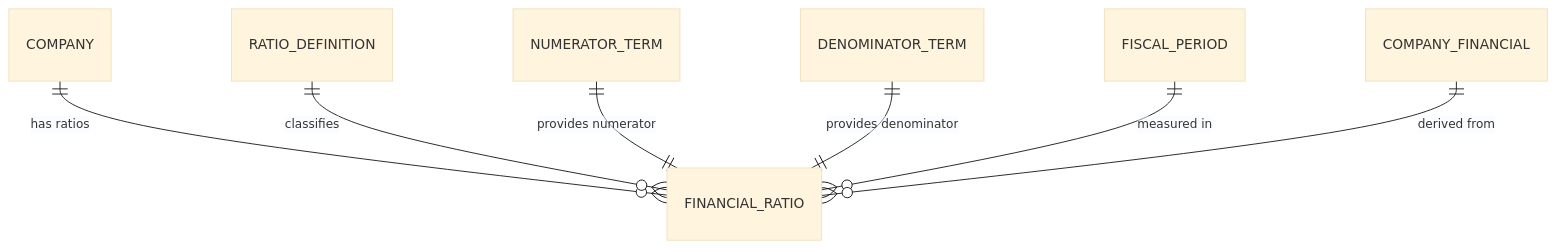
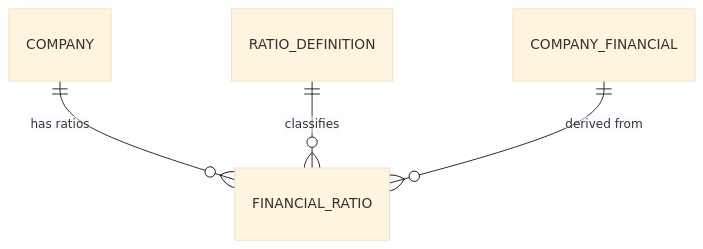
One commit to jcernauske/sec-edgair changed the fifth of 8 diagrams in README.md. Above: the diagram before and after it, drawn with Mermaid (base theme). The commit also changed other lines of this file, not shown here.

````diff
--- a/README.md
+++ b/README.md
@@ -667,9 +229,6 @@
 ```mermaid
 erDiagram
     COMPANY ||--o{ FINANCIAL_RATIO : "has ratios"
     RATIO_DEFINITION ||--o{ FINANCIAL_RATIO : "classifies"
-    NUMERATOR_TERM ||--|| FINANCIAL_RATIO : "provides numerator"
-    DENOMINATOR_TERM ||--|| FINANCIAL_RATIO : "provides denominator"
-    FISCAL_PERIOD ||--o{ FINANCIAL_RATIO : "measured in"
     COMPANY_FINANCIAL ||--o{ FINANCIAL_RATIO : "derived from"
 ```
````
